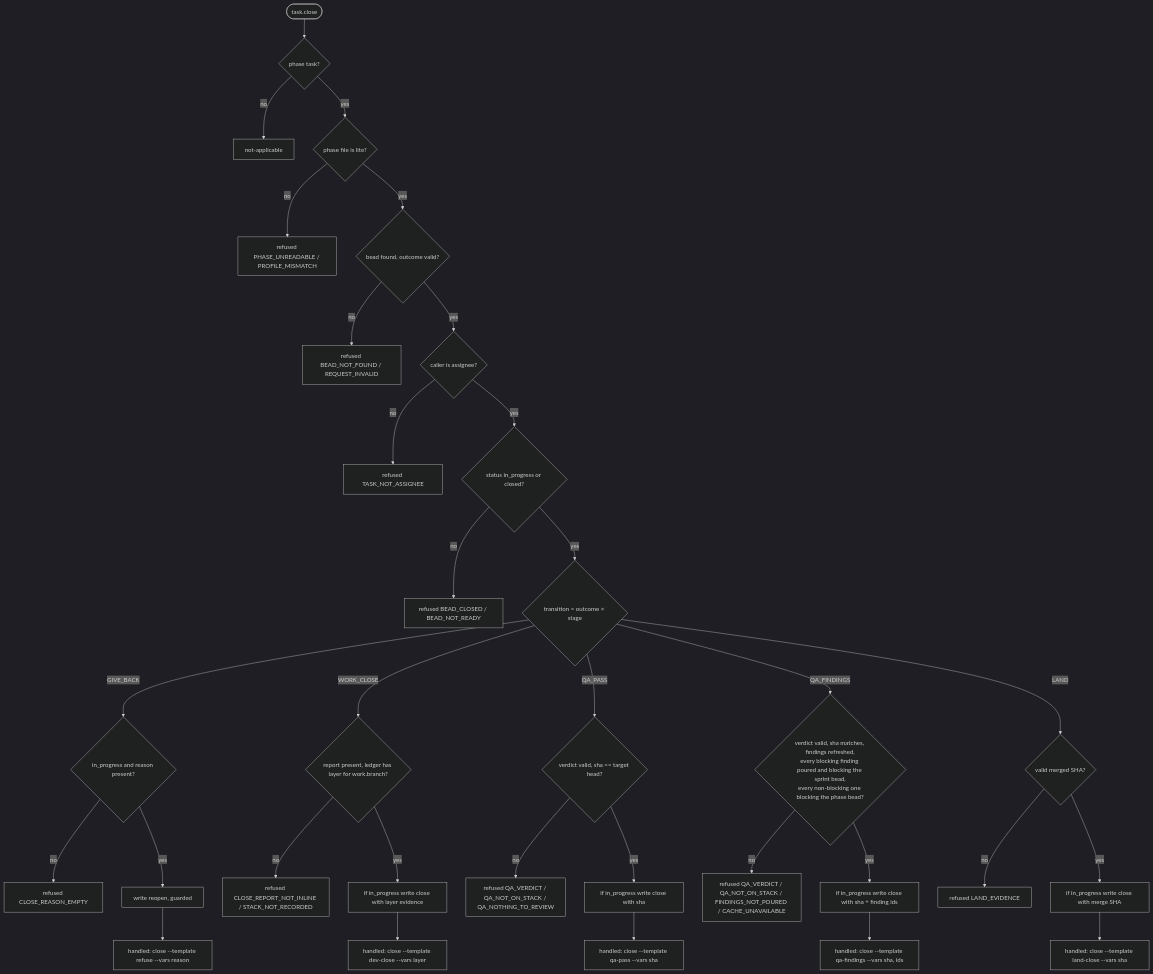
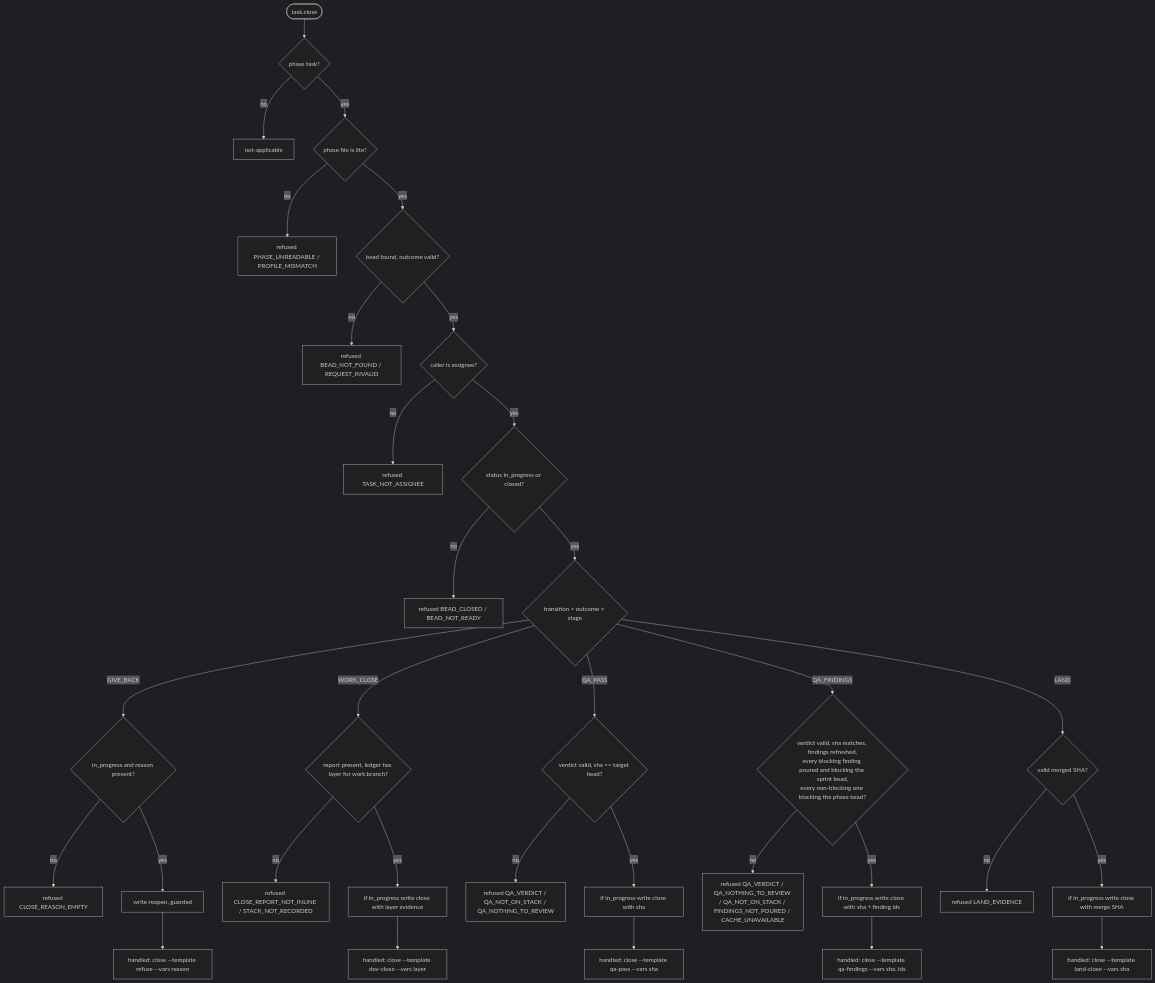
One commit to randlee/atm-bd-orchestration changed the diagram in plugins/atm-bd-orchestration/skills/atm-bd-lite/hooks/task-close.md. Above: the diagram before and after it, drawn with Mermaid (dark theme). The commit also changed other lines of this file and 3 other files, not shown here.

````diff
--- a/plugins/atm-bd-orchestration/skills/atm-bd-lite/hooks/task-close.md
+++ b/plugins/atm-bd-orchestration/skills/atm-bd-lite/hooks/task-close.md
@@ -7,29 +7,29 @@
 ```mermaid
 flowchart TD
     A([task.close]) --> P{phase task?}
     P -- no --> NA[not-applicable]
     P -- yes --> L{phase file is lite?}
     L -- no --> R0[refused PHASE_UNREADABLE / PROFILE_MISMATCH]
     L -- yes --> G{bead found, outcome valid?}
     G -- no --> R1[refused BEAD_NOT_FOUND / REQUEST_INVALID]
     G -- yes --> O{caller is assignee?}
     O -- no --> R2[refused TASK_NOT_ASSIGNEE]
     O -- yes --> S{status in_progress or closed?}
     S -- no --> R3[refused BEAD_CLOSED / BEAD_NOT_READY]
     S -- yes --> T{transition = outcome × stage}
     T -- GIVE_BACK --> RS{in_progress and reason present?}
     RS -- no --> R4[refused CLOSE_REASON_EMPTY]
     RS -- yes --> W1[write reopen, guarded] --> H1[handled: close --template refuse --vars reason]
     T -- WORK_CLOSE --> RP{report present, ledger has layer for work.branch?}
     RP -- no --> R5[refused CLOSE_REPORT_NOT_INLINE / STACK_NOT_RECORDED]
     RP -- yes --> W2[if in_progress write close with layer evidence] --> H2[handled: close --template dev-close --vars layer]
     T -- QA_PASS --> V1{verdict valid, sha == target head?}
     V1 -- no --> R6[refused QA_VERDICT / QA_NOT_ON_STACK / QA_NOTHING_TO_REVIEW]
     V1 -- yes --> W3[if in_progress write close with sha] --> H3[handled: close --template qa-pass --vars sha]
     T -- QA_FINDINGS --> V2{verdict valid, sha matches, findings refreshed,<br/>every blocking finding poured and blocking the sprint bead,<br/>every non-blocking one blocking the phase bead?}
-    V2 -- no --> R7[refused QA_VERDICT / QA_NOT_ON_STACK / FINDINGS_NOT_POURED / CACHE_UNAVAILABLE]
+    V2 -- no --> R7[refused QA_VERDICT / QA_NOTHING_TO_REVIEW / QA_NOT_ON_STACK / FINDINGS_NOT_POURED / CACHE_UNAVAILABLE]
     V2 -- yes --> W4[if in_progress write close with sha + finding ids] --> H4[handled: close --template qa-findings --vars sha, ids]
     T -- LAND --> V3{valid merged SHA?}
     V3 -- no --> R8[refused LAND_EVIDENCE]
     V3 -- yes --> W5[if in_progress write close with merge SHA] --> H5[handled: close --template land-close --vars sha]
 ```
````
